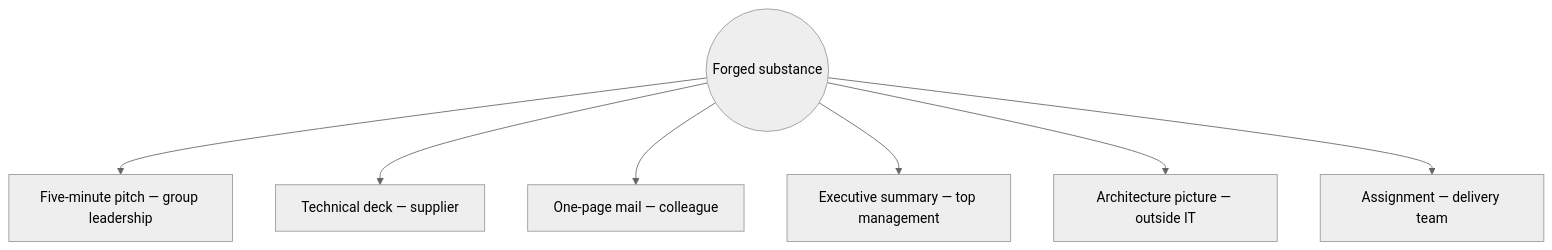
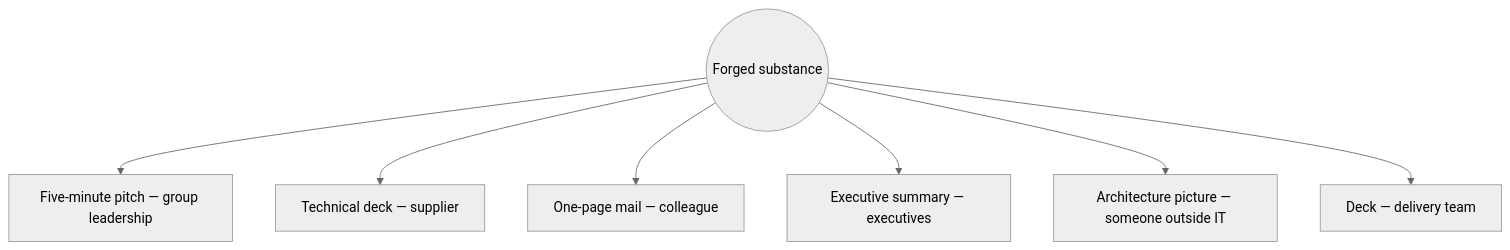
The third of 3 diagrams in projects/forge/renders/executive-pitch.md (pche-broken-artist/forge-of-thought), drawn with Mermaid (neutral theme) before and after one commit. The commit also changed other lines of this file and 46 other files, not shown here.

````diff
--- a/projects/forge/renders/executive-pitch.md
+++ b/projects/forge/renders/executive-pitch.md
@@ -124,10 +105,10 @@
 ```mermaid
-flowchart TD
-    H(("Forged substance"))
-    H --> P["Five-minute pitch — group leadership"]
-    H --> D["Technical deck — supplier"]
-    H --> M["One-page mail — colleague"]
-    H --> S["Executive summary — top management"]
-    H --> A["Architecture picture — outside IT"]
-    H --> T["Assignment — delivery team"]
+flowchart TB
+    S((Forged substance))
+    S --> A["Five-minute pitch — group leadership"]
+    S --> B["Technical deck — supplier"]
+    S --> C["One-page mail — colleague"]
+    S --> D["Executive summary — executives"]
+    S --> E["Architecture picture — someone outside IT"]
+    S --> F["Deck — delivery team"]
 ```
````
